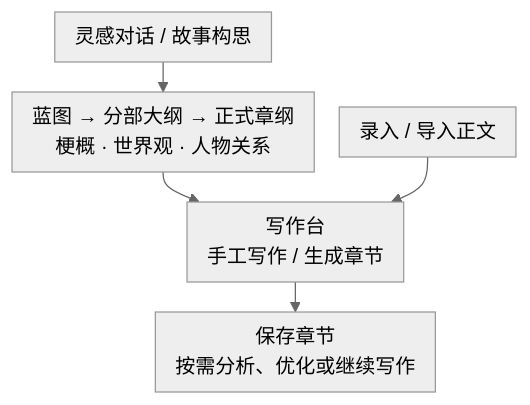
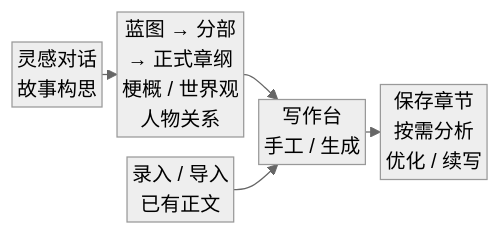
Before and after one commit to GTJasonMK/A4N: the second of 18 diagrams in README.md, drawn with Mermaid (neutral theme). The commit also changed other lines of this file and 2 other files, not shown here.

````diff
--- a/README.md
+++ b/README.md
@@ -88,13 +88,13 @@
 ```mermaid
 ---
 config:
-  flowchart: { nodeSpacing: 20, rankSpacing: 24, padding: 8, wrappingWidth: 240 }
+  flowchart: { nodeSpacing: 16, rankSpacing: 12, padding: 2, wrappingWidth: 96 }
 ---
-flowchart TB
+flowchart LR
   accTitle: 从灵感到章节的小说创作流程
   accDescr: 灵感可生成蓝图和大纲，再进入写作台；已有正文也可直接录入或导入写作台，不必经过蓝图生成。
-  idea["灵感对话 / 故事构思"] --> plan["蓝图 → 分部大纲 → 正式章纲<br/>梗概 · 世界观 · 人物关系"]
-  plan --> chapter["写作台<br/>手工写作 / 生成章节"]
-  imported["录入 / 导入正文"] --> chapter
-  chapter --> saved["保存章节<br/>按需分析、优化或继续写作"]
+  idea["灵感对话<br/>故事构思"] --> plan["蓝图 → 分部<br/>→ 正式章纲<br/>梗概 / 世界观<br/>人物关系"]
+  plan --> chapter["写作台<br/>手工 / 生成"]
+  imported["录入 / 导入<br/>已有正文"] --> chapter
+  chapter --> saved["保存章节<br/>按需分析<br/>优化 / 续写"]
 ```
````
